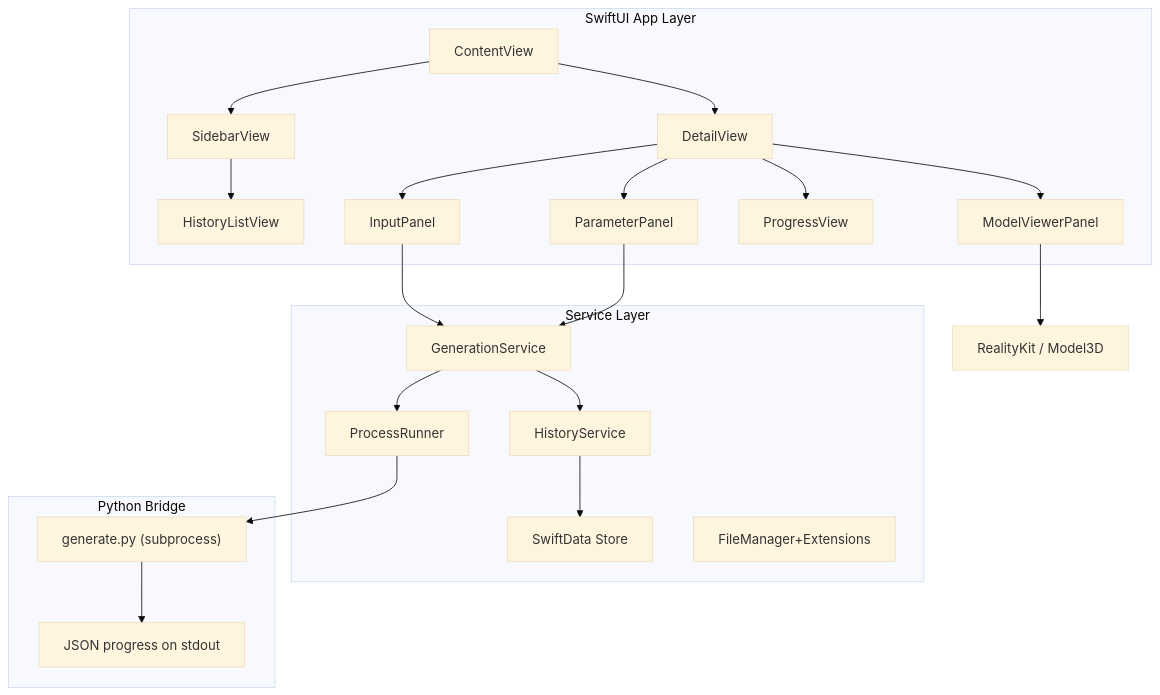
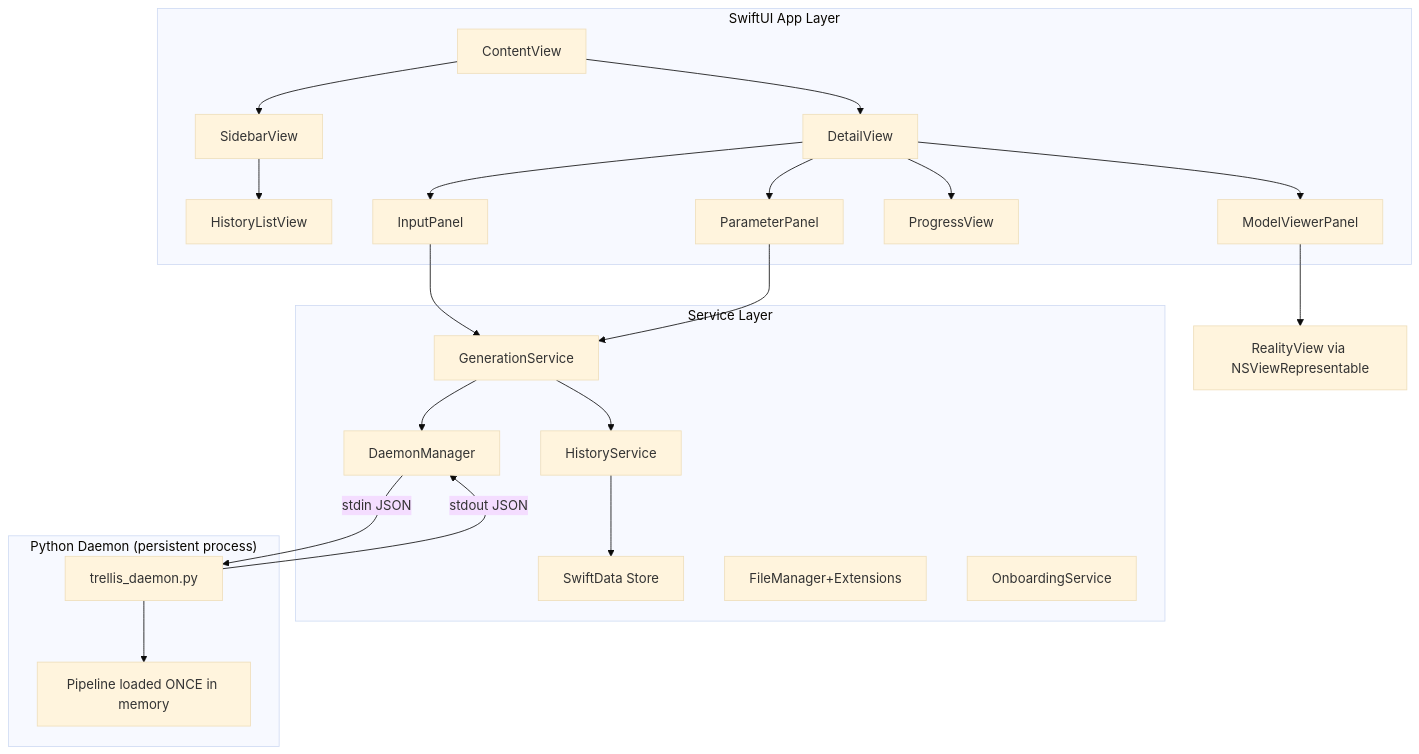
One commit to vdeaugustine/trellis-mac-gui changed the diagram in GUI/GUIPlan.md. Above: the diagram before and after it, drawn with Mermaid (base theme). The commit also changed other lines of this file, not shown here.

````diff
--- a/GUI/GUIPlan.md
+++ b/GUI/GUIPlan.md
@@ -28,28 +25,30 @@
 ```mermaid
 graph TB
     subgraph SwiftUI["SwiftUI App Layer"]
         A[ContentView] --> B[SidebarView]
         A --> C[DetailView]
         B --> D[HistoryListView]
         C --> E[InputPanel]
         C --> F[ParameterPanel]
         C --> G[ProgressView]
         C --> H[ModelViewerPanel]
     end
     
     subgraph Services["Service Layer"]
-        I[GenerationService] --> J[ProcessRunner]
+        I[GenerationService] --> J[DaemonManager]
         K[HistoryService] --> L[SwiftData Store]
         M[FileManager+Extensions]
+        N[OnboardingService]
     end
     
-    subgraph Bridge["Python Bridge"]
-        J --> N["generate.py (subprocess)"]
-        N --> O[JSON progress on stdout]
+    subgraph Bridge["Python Daemon (persistent process)"]
+        J -->|"stdin JSON"| O["trellis_daemon.py"]
+        O -->|"stdout JSON"| J
+        O --> P["Pipeline loaded ONCE in memory"]
     end
     
     E --> I
     F --> I
     I --> K
-    H --> P[RealityKit / Model3D]
+    H --> Q[RealityView via NSViewRepresentable]
 ```
````
